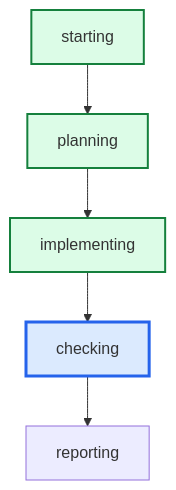
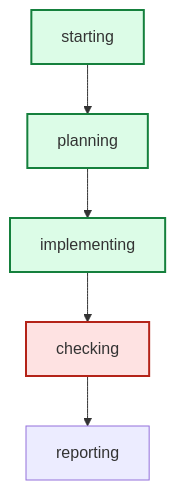
One commit to daniell0gda/hermes-feature-check-dashboard changed the diagram in runs/traps-pit-of-spikes-42-r1/graph.mmd. Above: the diagram before and after it, drawn with Mermaid. The commit also changed 27 other files, not shown here.

```diff
--- a/runs/traps-pit-of-spikes-42-r1/graph.mmd
+++ b/runs/traps-pit-of-spikes-42-r1/graph.mmd
@@ -1,13 +1,13 @@
 graph TD
     starting --> planning
     planning --> implementing
     implementing --> checking
     checking --> reporting
 
 classDef done fill:#dcfce7,stroke:#15803d,stroke-width:2px;
 classDef active fill:#dbeafe,stroke:#2563eb,stroke-width:3px;
 classDef failed fill:#fee2e2,stroke:#b42318,stroke-width:2px;
 class implementing done;
-class checking active;
+class checking failed;
 class planning done;
 class starting done;
```
